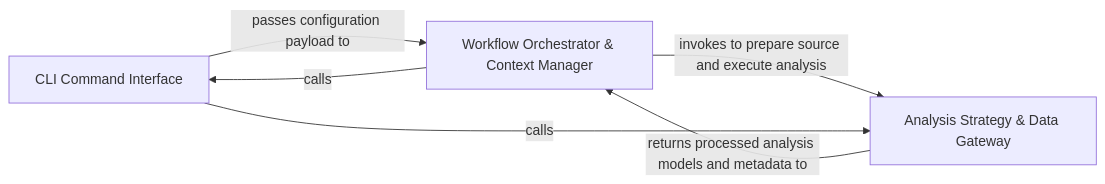
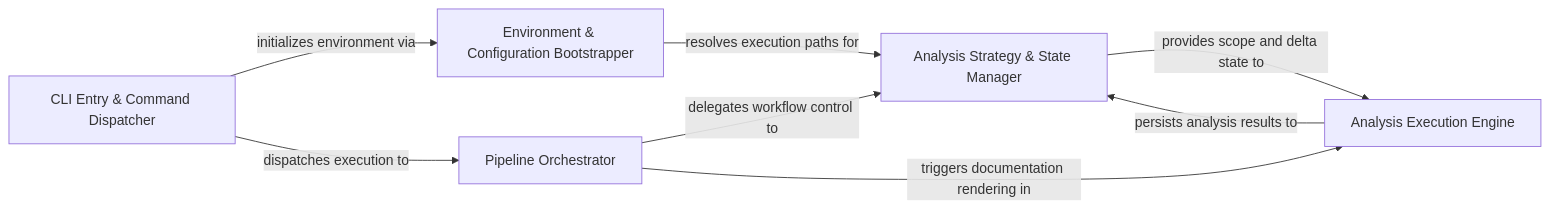
Before and after one commit to CodeBoarding/CodeBoarding: the diagram in .codeboarding/Orchestration_CLI_Controller.md, drawn with Mermaid. The commit also changed other lines of this file and 38 other files, not shown here.

Commit message:
chore(codeboarding): sync architecture baseline

````diff
--- a/.codeboarding/Orchestration_CLI_Controller.md
+++ b/.codeboarding/Orchestration_CLI_Controller.md
@@ -1,14 +1,20 @@
 ```mermaid
 graph LR
-    CLI_Command_Interface["CLI Command Interface"]
-    Workflow_Orchestrator_Context_Manager["Workflow Orchestrator & Context Manager"]
-    Analysis_Strategy_Data_Gateway["Analysis Strategy & Data Gateway"]
-    CLI_Command_Interface -- "passes configuration payload to" --> Workflow_Orchestrator_Context_Manager
-    Workflow_Orchestrator_Context_Manager -- "invokes to prepare source and execute analysis" --> Analysis_Strategy_Data_Gateway
-    Analysis_Strategy_Data_Gateway -- "returns processed analysis models and metadata to" --> Workflow_Orchestrator_Context_Manager
-    CLI_Command_Interface -- "calls" --> Analysis_Strategy_Data_Gateway
-    Workflow_Orchestrator_Context_Manager -- "calls" --> CLI_Command_Interface
-    click CLI_Command_Interface href "https://github.com/CodeBoarding/CodeBoarding/blob/main/.codeboarding/CLI_Command_Interface.md" "Details"
-    click Workflow_Orchestrator_Context_Manager href "https://github.com/CodeBoarding/CodeBoarding/blob/main/.codeboarding/Workflow_Orchestrator_Context_Manager.md" "Details"
-    click Analysis_Strategy_Data_Gateway href "https://github.com/CodeBoarding/CodeBoarding/blob/main/.codeboarding/Analysis_Strategy_Data_Gateway.md" "Details"
+    CLI_Entry_Command_Dispatcher["CLI Entry & Command Dispatcher"]
+    Environment_Configuration_Bootstrapper["Environment & Configuration Bootstrapper"]
+    Pipeline_Orchestrator["Pipeline Orchestrator"]
+    Analysis_Strategy_State_Manager["Analysis Strategy & State Manager"]
+    Analysis_Execution_Engine["Analysis Execution Engine"]
+    CLI_Entry_Command_Dispatcher -- "initializes environment via" --> Environment_Configuration_Bootstrapper
+    CLI_Entry_Command_Dispatcher -- "dispatches execution to" --> Pipeline_Orchestrator
+    Environment_Configuration_Bootstrapper -- "resolves execution paths for" --> Analysis_Strategy_State_Manager
+    Pipeline_Orchestrator -- "delegates workflow control to" --> Analysis_Strategy_State_Manager
+    Pipeline_Orchestrator -- "triggers documentation rendering in" --> Analysis_Execution_Engine
+    Analysis_Strategy_State_Manager -- "provides scope and delta state to" --> Analysis_Execution_Engine
+    Analysis_Execution_Engine -- "persists analysis results to" --> Analysis_Strategy_State_Manager
+    click CLI_Entry_Command_Dispatcher href "https://github.com/CodeBoarding/CodeBoarding/blob/main/.codeboarding/CLI_Entry_Command_Dispatcher.md" "Details"
+    click Environment_Configuration_Bootstrapper href "https://github.com/CodeBoarding/CodeBoarding/blob/main/.codeboarding/Environment_Configuration_Bootstrapper.md" "Details"
+    click Pipeline_Orchestrator href "https://github.com/CodeBoarding/CodeBoarding/blob/main/.codeboarding/Pipeline_Orchestrator.md" "Details"
+    click Analysis_Strategy_State_Manager href "https://github.com/CodeBoarding/CodeBoarding/blob/main/.codeboarding/Analysis_Strategy_State_Manager.md" "Details"
+    click Analysis_Execution_Engine href "https://github.com/CodeBoarding/CodeBoarding/blob/main/.codeboarding/Analysis_Execution_Engine.md" "Details"
 ```
````
